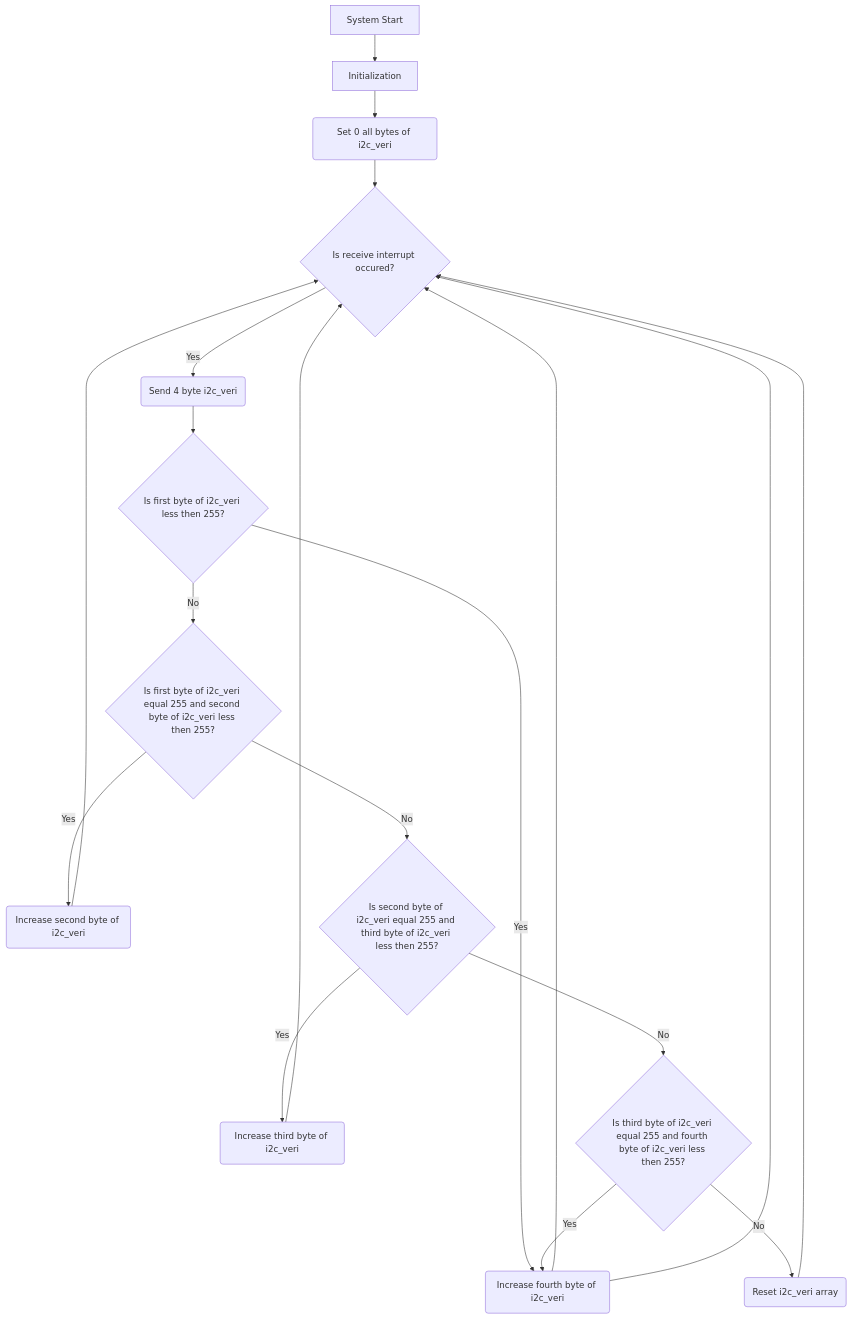
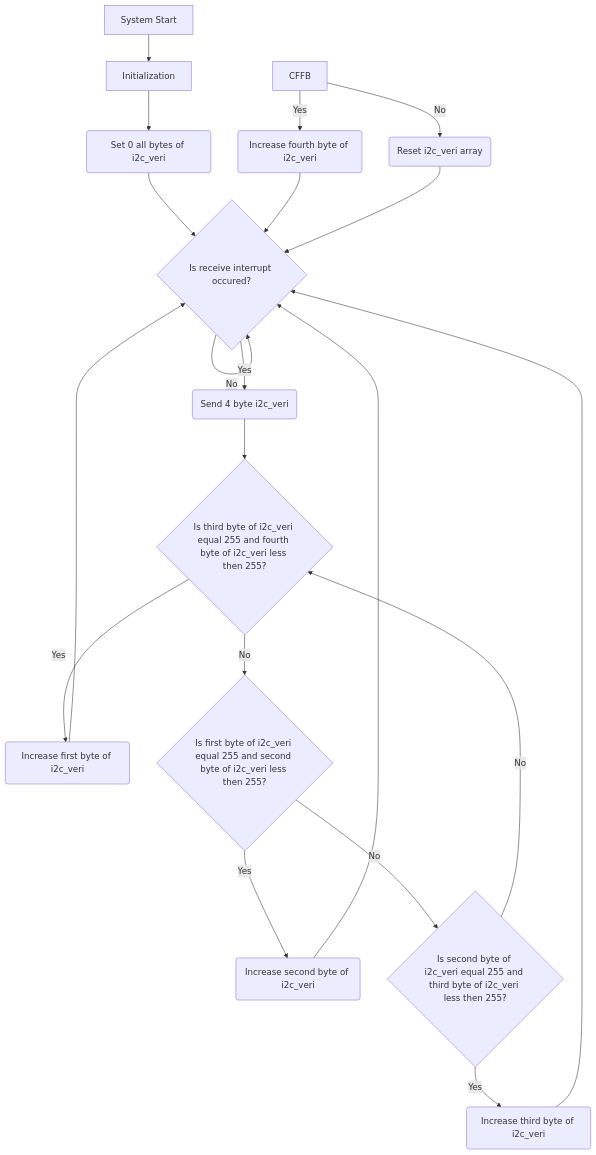
The second of 2 diagrams in README.md (aerogluMU/ALperen-Eroglu-Baykar-Challenges), drawn with Mermaid before and after one commit.

Commit message:
Updated FlowCharts

````diff
--- a/README.md
+++ b/README.md
@@ -85,21 +85,26 @@
 ```mermaid
 graph TD
     A[System Start] -->B[Initialization]
     B --> C(Set 0 all bytes of i2c_veri)
     C --> D{Is receive interrupt occured?}
+    D --> |No| D
     D --> |Yes| E(Send 4 byte i2c_veri)
-    E --> F{Is first byte of i2c_veri less then 255?}
-    F --> |Yes| FBI(Increase first byte of i2c_veri)
+    
+    E --> CFB{Is first byte of i2c_veri less then 255?}
+    CFB --> |Yes| FBI(Increase first byte of i2c_veri)
     FBI --> D
-    F --> |No| CSB{Is first byte of i2c_veri equal 255 and second byte of i2c_veri less then 255?}
+    CFB --> |No| CSB{Is first byte of i2c_veri equal 255 and second byte of i2c_veri less then 255?}
+    
     CSB --> |Yes| SBI(Increase second byte of i2c_veri)
     SBI --> D
     CSB --> |No| CTB{Is second byte of i2c_veri equal 255 and third byte of i2c_veri less then 255?}
+    
     CTB --> |Yes| TBI(Increase third byte of i2c_veri)
     TBI --> D
     CTB --> |No| CFB{Is third byte of i2c_veri equal 255 and fourth byte of i2c_veri less then 255?}
-    CFB --> |Yes| FBI(Increase fourth byte of i2c_veri)
-    FBI --> D
-    CFB --> |No| RST(Reset i2c_veri array)
+    
+    CFFB --> |Yes| FFBI(Increase fourth byte of i2c_veri)
+    FFBI --> D
+    CFFB --> |No| RST(Reset i2c_veri array)
     RST --> D
 ```
````
